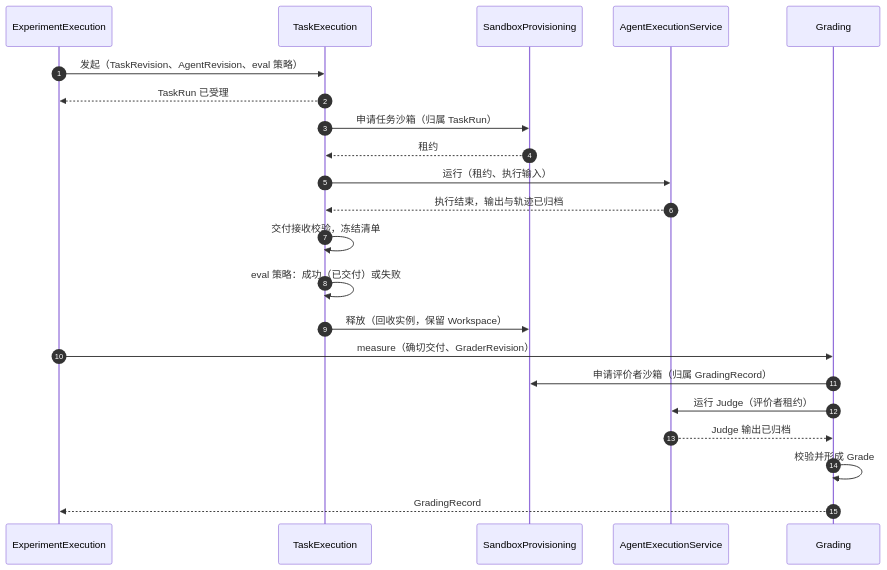
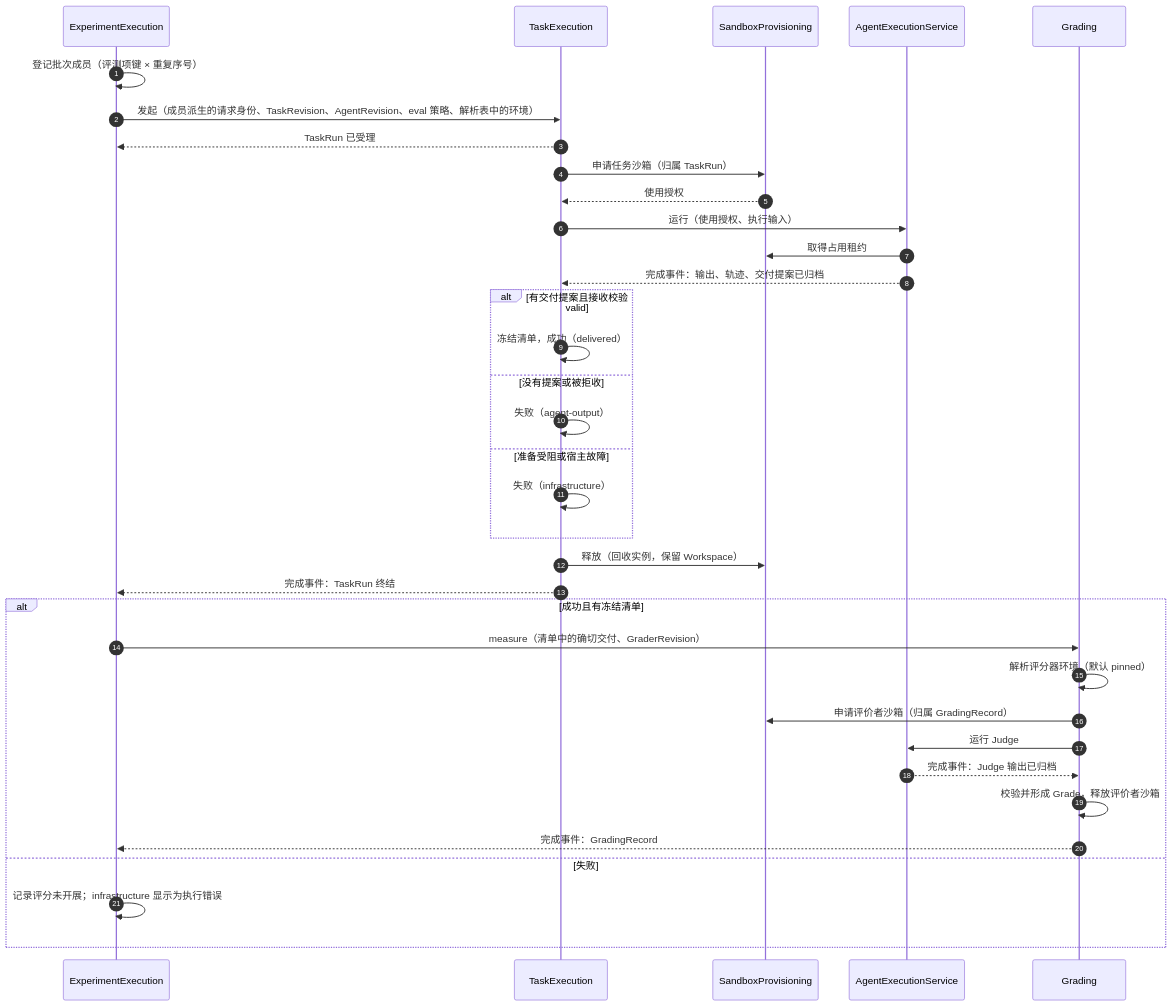
Before and after one commit to MaybeLL/Ground: the diagram in docs/assets/r1-seq-eval.mmd, drawn with Mermaid. The commit also changed 19 other files, not shown here.

```diff
--- a/docs/assets/r1-seq-eval.mmd
+++ b/docs/assets/r1-seq-eval.mmd
@@ -1,22 +1,35 @@
 sequenceDiagram
   autonumber
   participant EE as ExperimentExecution
   participant TE as TaskExecution
   participant SB as SandboxProvisioning
   participant AE as AgentExecutionService
   participant GR as Grading
-  EE->>TE: 发起（TaskRevision、AgentRevision、eval 策略）
+  EE->>EE: 登记批次成员（评测项键 × 重复序号）
+  EE->>TE: 发起（成员派生的请求身份、TaskRevision、AgentRevision、eval 策略、解析表中的环境）
   TE-->>EE: TaskRun 已受理
   TE->>SB: 申请任务沙箱（归属 TaskRun）
-  SB-->>TE: 租约
-  TE->>AE: 运行（租约、执行输入）
-  AE-->>TE: 执行结束，输出与轨迹已归档
-  TE->>TE: 交付接收校验，冻结清单
-  TE->>TE: eval 策略：成功（已交付）或失败
+  SB-->>TE: 使用授权
+  TE->>AE: 运行（使用授权、执行输入）
+  AE->>SB: 取得占用租约
+  AE-->>TE: 完成事件：输出、轨迹、交付提案已归档
+  alt 有交付提案且接收校验 valid
+    TE->>TE: 冻结清单，成功（delivered）
+  else 没有提案或被拒收
+    TE->>TE: 失败（agent-output）
+  else 准备受阻或宿主故障
+    TE->>TE: 失败（infrastructure）
+  end
   TE->>SB: 释放（回收实例，保留 Workspace）
-  EE->>GR: measure（确切交付、GraderRevision）
-  GR->>SB: 申请评价者沙箱（归属 GradingRecord）
-  GR->>AE: 运行 Judge（评价者租约）
-  AE-->>GR: Judge 输出已归档
-  GR->>GR: 校验并形成 Grade
-  GR-->>EE: GradingRecord
+  TE-->>EE: 完成事件：TaskRun 终结
+  alt 成功且有冻结清单
+    EE->>GR: measure（清单中的确切交付、GraderRevision）
+    GR->>GR: 解析评分器环境（默认 pinned）
+    GR->>SB: 申请评价者沙箱（归属 GradingRecord）
+    GR->>AE: 运行 Judge
+    AE-->>GR: 完成事件：Judge 输出已归档
+    GR->>GR: 校验并形成 Grade，释放评价者沙箱
+    GR-->>EE: 完成事件：GradingRecord
+  else 失败
+    EE->>EE: 记录评分未开展；infrastructure 显示为执行错误
+  end
```
